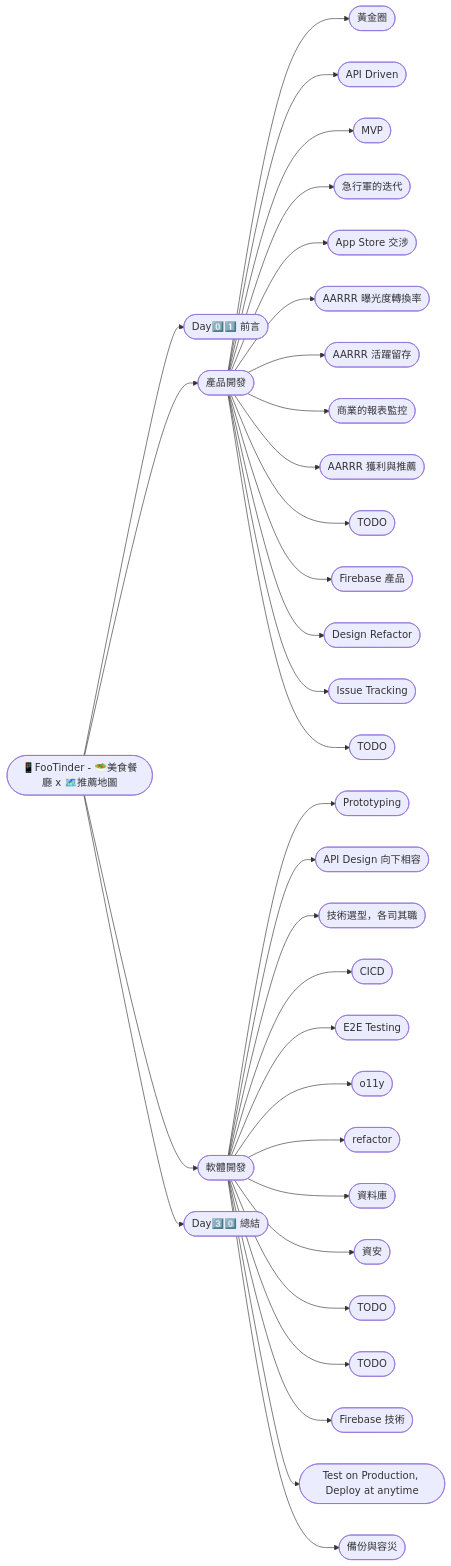
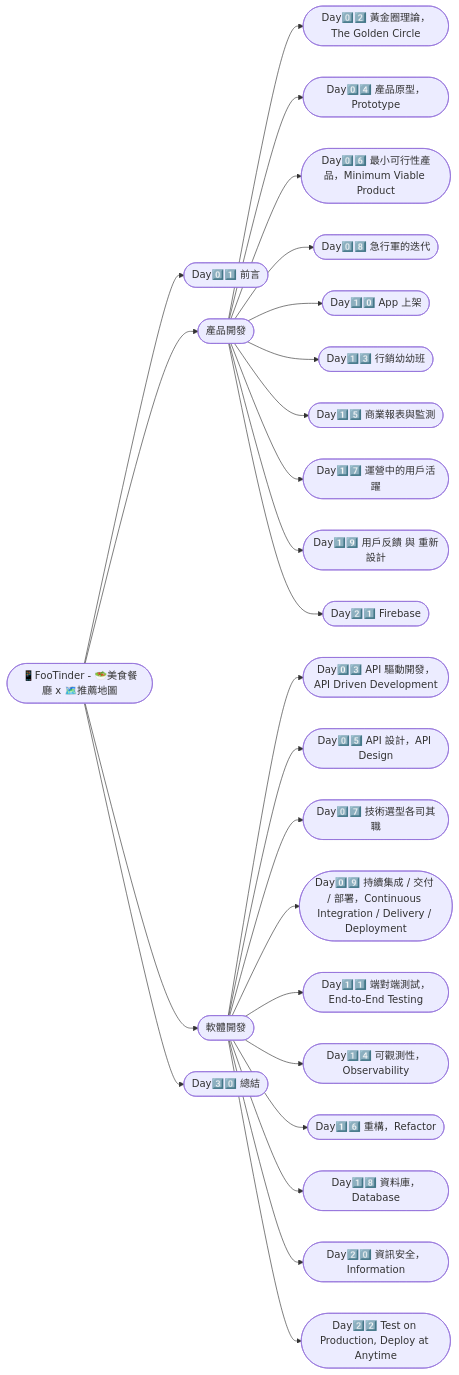
One commit to PureFuncInc/FooTinder-iThome-2023 changed the diagram in README.md. Above: the diagram before and after it, drawn with Mermaid.

Commit message:
🛜 Update README.md

````diff
--- a/README.md
+++ b/README.md
@@ -4,35 +4,27 @@
 ```mermaid
 graph LR;
 id0(["📱FooTinder - 🥗美食餐廳 x 🗺️推薦地圖"])-->id1(["Day0️⃣1️⃣ 前言"]);
 id0(["📱FooTinder - 🥗美食餐廳 x 🗺️推薦地圖"])-->id200(["產品開發"]);
-id200(["產品開發"])-->id2(["黃金圈"])
-id200(["產品開發"])-->id4(["API Driven"])
-id200(["產品開發"])-->id6(["MVP"])
-id200(["產品開發"])-->id8(["急行軍的迭代"])
-id200(["產品開發"])-->id10(["App Store 交涉"])
-id200(["產品開發"])-->id12(["AARRR 曝光度轉換率"])
-id200(["產品開發"])-->id14(["AARRR 活躍留存"])
-id200(["產品開發"])-->id16(["商業的報表監控"])
-id200(["產品開發"])-->id18(["AARRR 獲利與推薦"])
-id200(["產品開發"])-->id20(["TODO"])
-id200(["產品開發"])-->id22(["Firebase 產品"])
-id200(["產品開發"])-->id24(["Design Refactor"])
-id200(["產品開發"])-->id26(["Issue Tracking"])
-id200(["產品開發"])-->id28(["TODO"])
+id200(["產品開發"])-->id201(["Day0️⃣2️⃣ 黃金圈理論，The Golden Circle"]);
+id200(["產品開發"])-->id202(["Day0️⃣4️⃣ 產品原型，Prototype"]);
+id200(["產品開發"])-->id203(["Day0️⃣6️⃣ 最小可行性產品，Minimum Viable Product"]);
+id200(["產品開發"])-->id204(["Day0️⃣8️⃣ 急行軍的迭代"]);
+id200(["產品開發"])-->id205(["Day1️⃣0️⃣ App 上架"]);
+id200(["產品開發"])-->id206(["Day1️⃣3️⃣ 行銷幼幼班"]);
+id200(["產品開發"])-->id207(["Day1️⃣5️⃣ 商業報表與監測"]);
+id200(["產品開發"])-->id208(["Day1️⃣7️⃣ 運營中的用戶活躍"]);
+id200(["產品開發"])-->id209(["Day1️⃣9️⃣ 用戶反饋 與 重新設計"]);
+id200(["產品開發"])-->id210(["Day2️⃣1️⃣ Firebase"]);
 id0(["📱FooTinder - 🥗美食餐廳 x 🗺️推薦地圖"])-->id300(["軟體開發"]);
-id300(["軟體開發"])-->id3(["Prototyping"])
-id300(["軟體開發"])-->id5(["API Design 向下相容"])
-id300(["軟體開發"])-->id7(["技術選型，各司其職"])
-id300(["軟體開發"])-->id9(["CICD"])
-id300(["軟體開發"])-->id11(["E2E Testing"])
-id300(["軟體開發"])-->id13(["o11y"])
-id300(["軟體開發"])-->id15(["refactor"])
-id300(["軟體開發"])-->id17(["資料庫"])
-id300(["軟體開發"])-->id19(["資安"])
-id300(["軟體開發"])-->id21(["TODO"])
-id300(["軟體開發"])-->id23(["TODO"])
-id300(["軟體開發"])-->id25(["Firebase 技術"])
-id300(["軟體開發"])-->id27(["Test on Production, Deploy at anytime"])
-id300(["軟體開發"])-->id29(["備份與容災"])
+id300(["軟體開發"])-->id301(["Day0️⃣3️⃣ API 驅動開發，API Driven Development"]);
+id300(["軟體開發"])-->id302(["Day0️⃣5️⃣ API 設計，API Design"]);
+id300(["軟體開發"])-->id303(["Day0️⃣7️⃣ 技術選型各司其職"]);
+id300(["軟體開發"])-->id304(["Day0️⃣9️⃣ 持續集成 / 交付 / 部署，Continuous Integration / Delivery / Deployment"]);
+id300(["軟體開發"])-->id305(["Day1️⃣1️⃣ 端對端測試，End-to-End Testing"]);
+id300(["軟體開發"])-->id306(["Day1️⃣4️⃣ 可觀測性，Observability"]);
+id300(["軟體開發"])-->id307(["Day1️⃣6️⃣ 重構，Refactor"]);
+id300(["軟體開發"])-->id308(["Day1️⃣8️⃣ 資料庫，Database"]);
+id300(["軟體開發"])-->id309(["Day2️⃣0️⃣ 資訊安全，Information"]);
+id300(["軟體開發"])-->id310(["Day2️⃣2️⃣ Test on Production, Deploy at Anytime"]);
 id0(["📱FooTinder - 🥗美食餐廳 x 🗺️推薦地圖"])-->id30(["Day3️⃣0️⃣ 總結"]);
 ```
````
